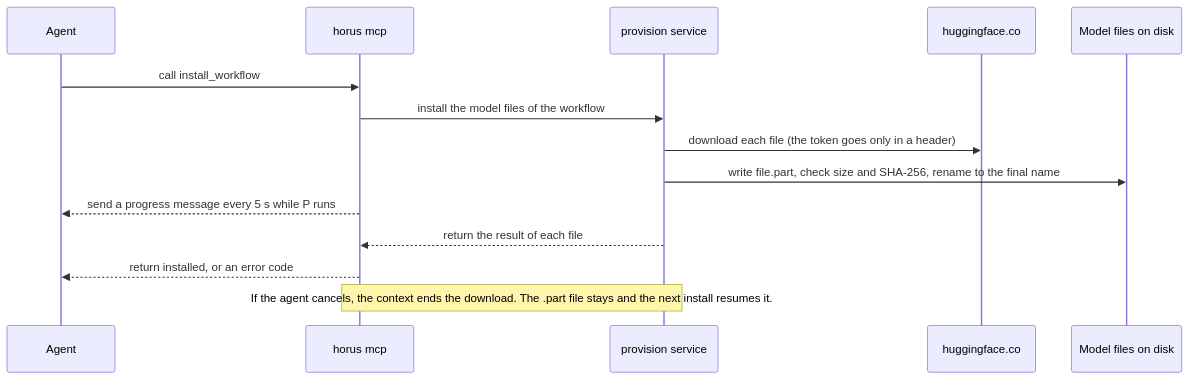
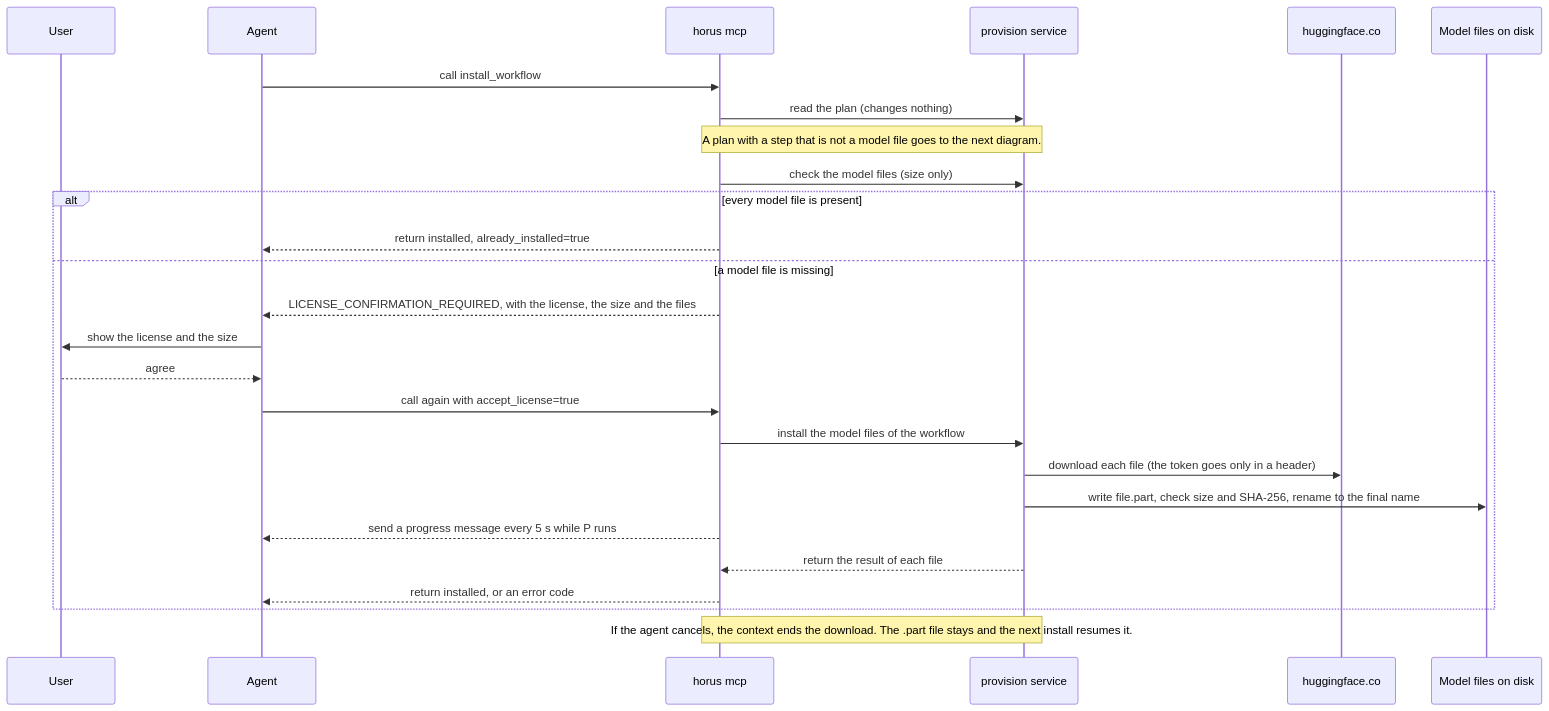
One commit to hieplam/horus changed the second of 4 diagrams in docs/mcp.md. Above: the diagram before and after it, drawn with Mermaid. The commit also changed other lines of this file and 10 other files, not shown here.

First line of the commit message:
docs: make every diagram and instruction match the current design (#173)

````diff
--- a/docs/mcp.md
+++ b/docs/mcp.md
@@ -61,16 +67,28 @@
 ```mermaid
 sequenceDiagram
+  participant U as User
   participant A as Agent
   participant S as horus mcp
   participant P as provision service
   participant H as huggingface.co
   participant D as Model files on disk
   A->>S: call install_workflow
-  S->>P: install the model files of the workflow
-  P->>H: download each file (the token goes only in a header)
-  P->>D: write file.part, check size and SHA-256, rename to the final name
-  S-->>A: send a progress message every 5 s while P runs
-  P-->>S: return the result of each file
-  S-->>A: return installed, or an error code
+  S->>P: read the plan (changes nothing)
+  Note over S,P: A plan with a step that is not a model file goes to the next diagram.
+  S->>P: check the model files (size only)
+  alt every model file is present
+    S-->>A: return installed, already_installed=true
+  else a model file is missing
+    S-->>A: LICENSE_CONFIRMATION_REQUIRED, with the license, the size and the files
+    A->>U: show the license and the size
+    U-->>A: agree
+    A->>S: call again with accept_license=true
+    S->>P: install the model files of the workflow
+    P->>H: download each file (the token goes only in a header)
+    P->>D: write file.part, check size and SHA-256, rename to the final name
+    S-->>A: send a progress message every 5 s while P runs
+    P-->>S: return the result of each file
+    S-->>A: return installed, or an error code
+  end
   Note over S,P: If the agent cancels, the context ends the download. The .part file stays and the next install resumes it.
 ```
````
